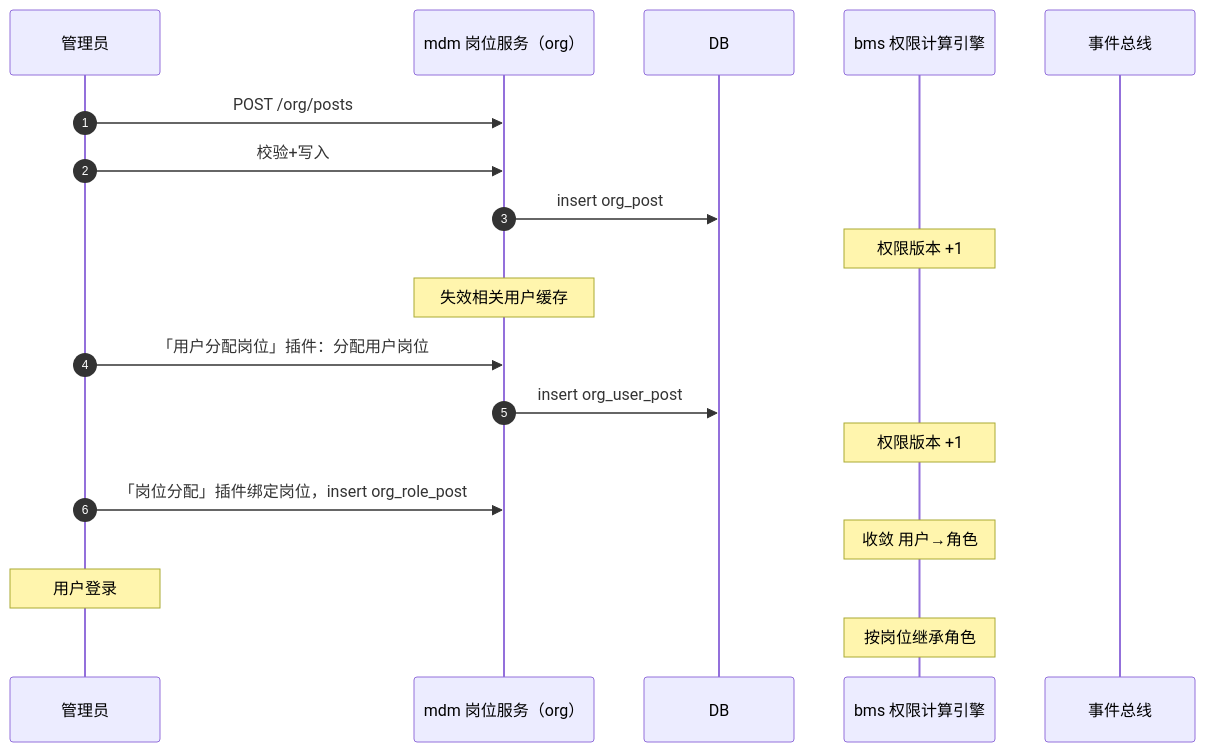
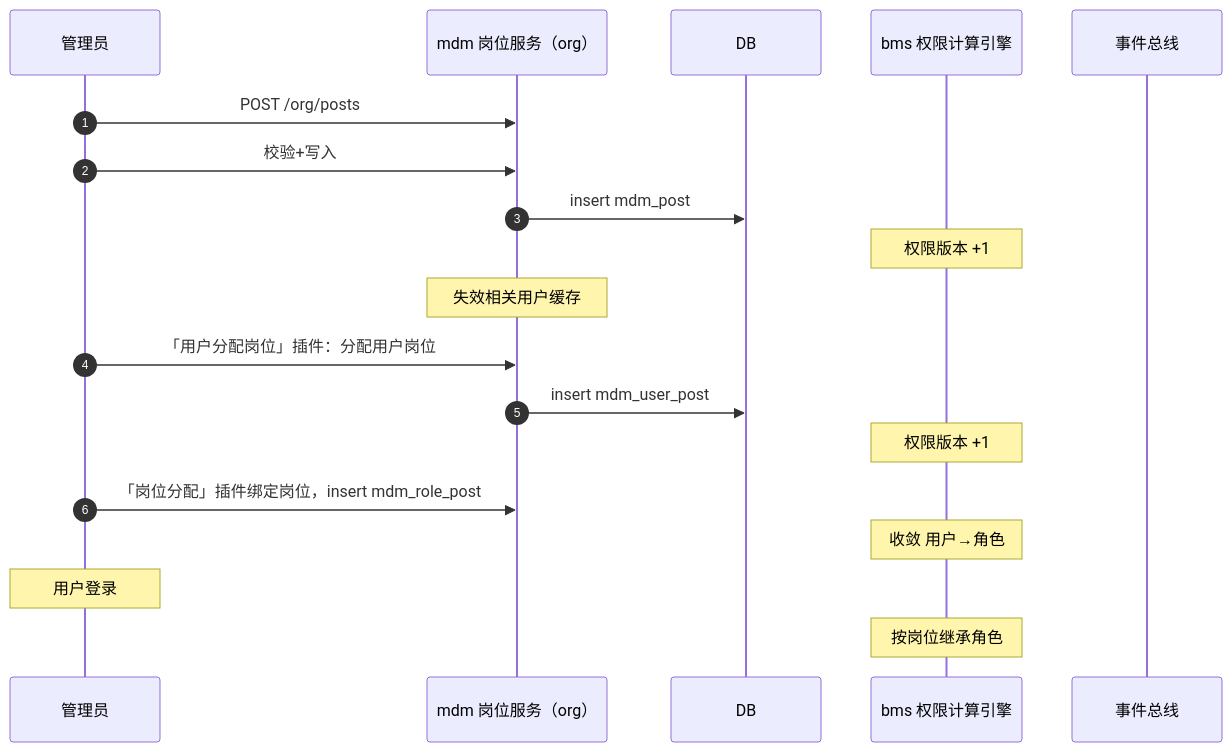
Before and after one commit to minjian123/master-data-management: the diagram in mdm文档/设计/概要设计/02_概要设计_岗位管理.md, drawn with Mermaid. The commit also changed other lines of this file and 57 other files, not shown here.

````diff
--- a/mdm文档/设计/概要设计/02_概要设计_岗位管理.md
+++ b/mdm文档/设计/概要设计/02_概要设计_岗位管理.md
@@ -50,22 +50,22 @@
 ```mermaid
 sequenceDiagram
     autonumber
     participant 管理员
     participant 岗位服务 as mdm 岗位服务（org）
     participant DB
     participant 权限计算引擎 as bms 权限计算引擎
     participant 事件总线
 
     管理员->>岗位服务: POST /org/posts
     管理员->>岗位服务: 校验+写入
-    岗位服务->>DB: insert org_post
+    岗位服务->>DB: insert mdm_post
     Note over 权限计算引擎: 权限版本 +1
     Note over 岗位服务: 失效相关用户缓存
     管理员->>岗位服务: 「用户分配岗位」插件：分配用户岗位
-    岗位服务->>DB: insert org_user_post
+    岗位服务->>DB: insert mdm_user_post
     Note over 权限计算引擎: 权限版本 +1
-    管理员->>岗位服务: 「岗位分配」插件绑定岗位，insert org_role_post
+    管理员->>岗位服务: 「岗位分配」插件绑定岗位，insert mdm_role_post
     Note over 权限计算引擎: 收敛 用户→角色
     Note over 管理员: 用户登录
     Note over 权限计算引擎: 按岗位继承角色
 ```
````
